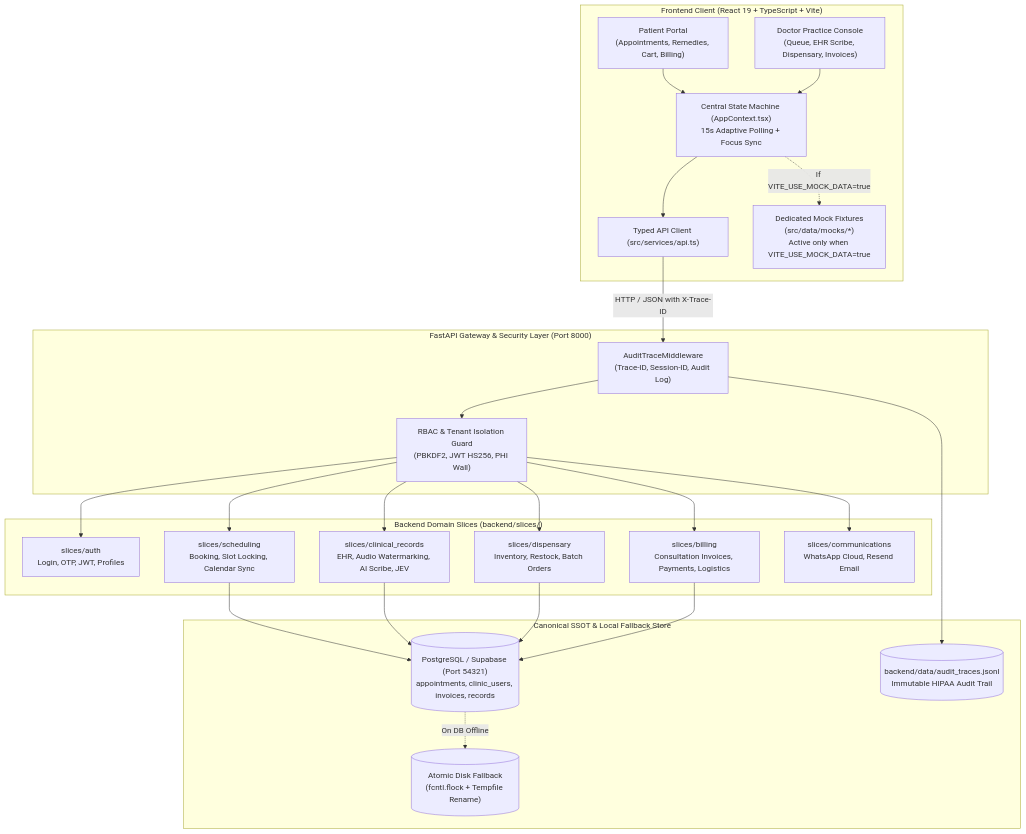
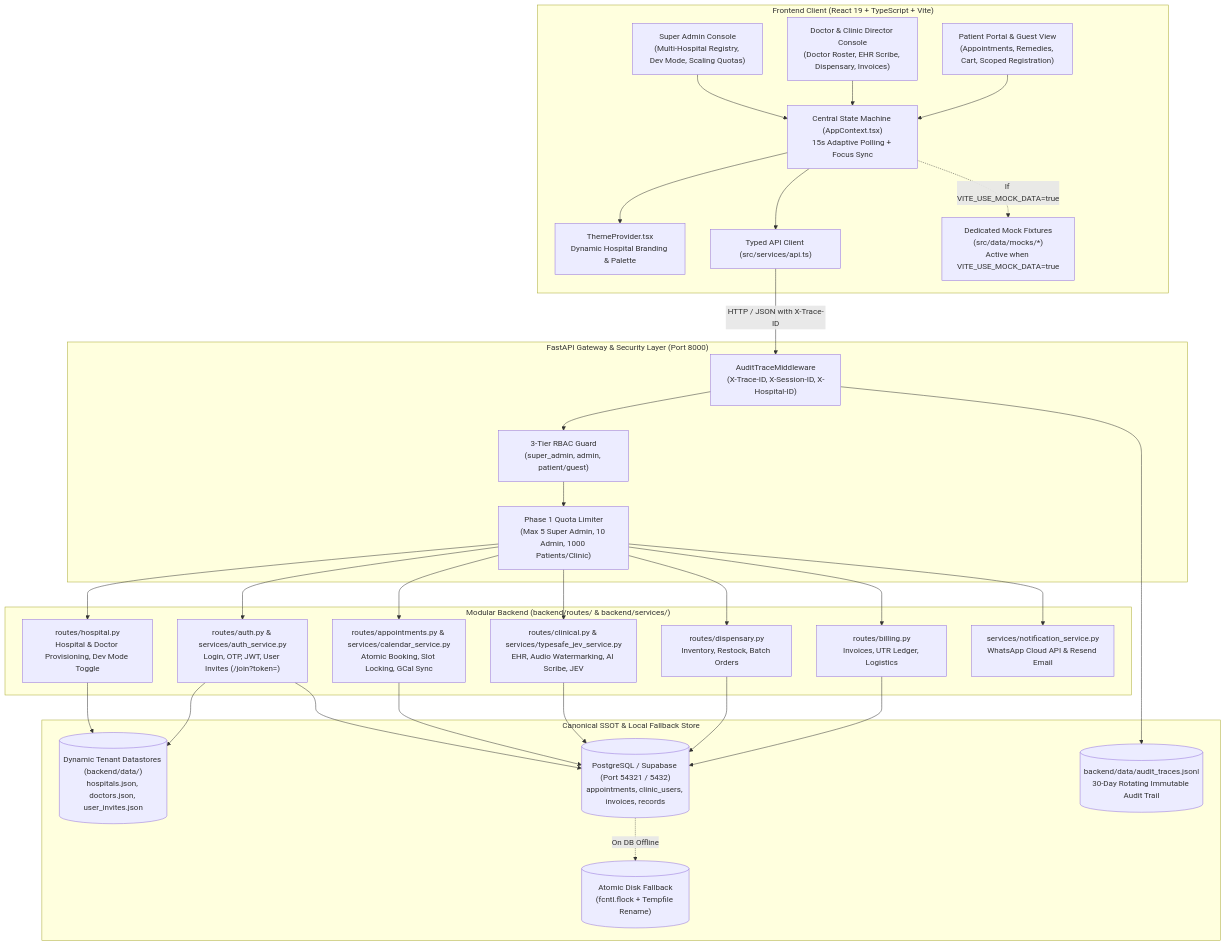
One commit to NITIN0601/Homo_project changed the diagram in doc/ARCHITECTURE.md. Above: the diagram before and after it, drawn with Mermaid. The commit also changed other lines of this file and 4 other files, not shown here.

Commit message:
docs: synchronize README, architecture, and wiring diagrams with latest codebase

````diff
--- a/doc/ARCHITECTURE.md
+++ b/doc/ARCHITECTURE.md
@@ -35,50 +35,62 @@
 ```mermaid
 graph TB
     subgraph ClientLayer["Frontend Client (React 19 + TypeScript + Vite)"]
-        UI_PATIENT["Patient Portal<br/>(Appointments, Remedies, Cart, Billing)"]
-        UI_ADMIN["Doctor Practice Console<br/>(Queue, EHR Scribe, Dispensary, Invoices)"]
+        UI_SUPER["Super Admin Console<br/>(Multi-Hospital Registry, Dev Mode, Scaling Quotas)"]
+        UI_ADMIN["Doctor & Clinic Director Console<br/>(Doctor Roster, EHR Scribe, Dispensary, Invoices)"]
+        UI_PATIENT["Patient Portal & Guest View<br/>(Appointments, Remedies, Cart, Scoped Registration)"]
         APP_CTX["Central State Machine (AppContext.tsx)<br/>15s Adaptive Polling + Focus Sync"]
+        THEME_CTX["ThemeProvider.tsx<br/>Dynamic Hospital Branding & Palette"]
         API_CLIENT["Typed API Client (src/services/api.ts)"]
-        MOCK_FIXTURES["Dedicated Mock Fixtures<br/>(src/data/mocks/*)<br/>Active only when VITE_USE_MOCK_DATA=true"]
+        MOCK_FIXTURES["Dedicated Mock Fixtures<br/>(src/data/mocks/*)<br/>Active when VITE_USE_MOCK_DATA=true"]
     end
 
     subgraph GatewayLayer["FastAPI Gateway & Security Layer (Port 8000)"]
-        AUDIT_MID["AuditTraceMiddleware<br/>(Trace-ID, Session-ID, Audit Log)"]
-        RBAC_GUARD["RBAC & Tenant Isolation Guard<br/>(PBKDF2, JWT HS256, PHI Wall)"]
+        AUDIT_MID["AuditTraceMiddleware<br/>(X-Trace-ID, X-Session-ID, X-Hospital-ID)"]
+        RBAC_GUARD["3-Tier RBAC Guard<br/>(super_admin, admin, patient/guest)"]
+        QUOTA_GUARD["Phase 1 Quota Limiter<br/>(Max 5 Super Admin, 10 Admin, 1000 Patients/Clinic)"]
     end
 
-    subgraph VerticalSlices["Backend Domain Slices (backend/slices/)"]
-        S_AUTH["slices/auth<br/>Login, OTP, JWT, Profiles"]
-        S_SCHED["slices/scheduling<br/>Booking, Slot Locking, Calendar Sync"]
-        S_CLIN["slices/clinical_records<br/>EHR, Audio Watermarking, AI Scribe, JEV"]
-        S_DISP["slices/dispensary<br/>Inventory, Restock, Batch Orders"]
-        S_BILL["slices/billing<br/>Consultation Invoices, Payments, Logistics"]
-        S_COMM["slices/communications<br/>WhatsApp Cloud, Resend Email"]
+    subgraph BackendModules["Modular Backend (backend/routes/ & backend/services/)"]
+        M_HOSP["routes/hospital.py<br/>Hospital & Doctor Provisioning, Dev Mode Toggle"]
+        M_AUTH["routes/auth.py & services/auth_service.py<br/>Login, OTP, JWT, User Invites (/join?token=)"]
+        M_SCHED["routes/appointments.py & services/calendar_service.py<br/>Atomic Booking, Slot Locking, GCal Sync"]
+        M_CLIN["routes/clinical.py & services/typesafe_jev_service.py<br/>EHR, Audio Watermarking, AI Scribe, JEV"]
+        M_DISP["routes/dispensary.py<br/>Inventory, Restock, Batch Orders"]
+        M_BILL["routes/billing.py<br/>Invoices, UTR Ledger, Logistics"]
+        M_COMM["services/notification_service.py<br/>WhatsApp Cloud API & Resend Email"]
     end
 
     subgraph DataLayer["Canonical SSOT & Local Fallback Store"]
-        DB_POSTGRES[("PostgreSQL / Supabase (Port 54321)<br/>appointments, clinic_users, invoices, records")]
+        DB_POSTGRES[("PostgreSQL / Supabase (Port 54321 / 5432)<br/>appointments, clinic_users, invoices, records")]
+        TENANT_REG[("Dynamic Tenant Datastores (backend/data/)<br/>hospitals.json, doctors.json, user_invites.json")]
         DISK_FALLBACK[("Atomic Disk Fallback<br/>(fcntl.flock + Tempfile Rename)")]
-        AUDIT_STORE[("backend/data/audit_traces.jsonl<br/>Immutable HIPAA Audit Trail")]
+        AUDIT_STORE[("backend/data/audit_traces.jsonl<br/>30-Day Rotating Immutable Audit Trail")]
     end
 
+    UI_SUPER --> APP_CTX
+    UI_ADMIN --> APP_CTX
     UI_PATIENT --> APP_CTX
-    UI_ADMIN --> APP_CTX
+    APP_CTX --> THEME_CTX
     APP_CTX --> API_CLIENT
     APP_CTX -.->|If VITE_USE_MOCK_DATA=true| MOCK_FIXTURES
     API_CLIENT -->|HTTP / JSON with X-Trace-ID| AUDIT_MID
     AUDIT_MID --> RBAC_GUARD
-    RBAC_GUARD --> S_AUTH
-    RBAC_GUARD --> S_SCHED
-    RBAC_GUARD --> S_CLIN
-    RBAC_GUARD --> S_DISP
-    RBAC_GUARD --> S_BILL
-    RBAC_GUARD --> S_COMM
+    RBAC_GUARD --> QUOTA_GUARD
+    QUOTA_GUARD --> M_HOSP
+    QUOTA_GUARD --> M_AUTH
+    QUOTA_GUARD --> M_SCHED
+    QUOTA_GUARD --> M_CLIN
+    QUOTA_GUARD --> M_DISP
+    QUOTA_GUARD --> M_BILL
+    QUOTA_GUARD --> M_COMM
 
-    S_SCHED --> DB_POSTGRES
-    S_CLIN --> DB_POSTGRES
-    S_DISP --> DB_POSTGRES
-    S_BILL --> DB_POSTGRES
+    M_HOSP --> TENANT_REG
+    M_AUTH --> TENANT_REG
+    M_AUTH --> DB_POSTGRES
+    M_SCHED --> DB_POSTGRES
+    M_CLIN --> DB_POSTGRES
+    M_DISP --> DB_POSTGRES
+    M_BILL --> DB_POSTGRES
     DB_POSTGRES -.->|On DB Offline| DISK_FALLBACK
     AUDIT_MID --> AUDIT_STORE
 ```
````
